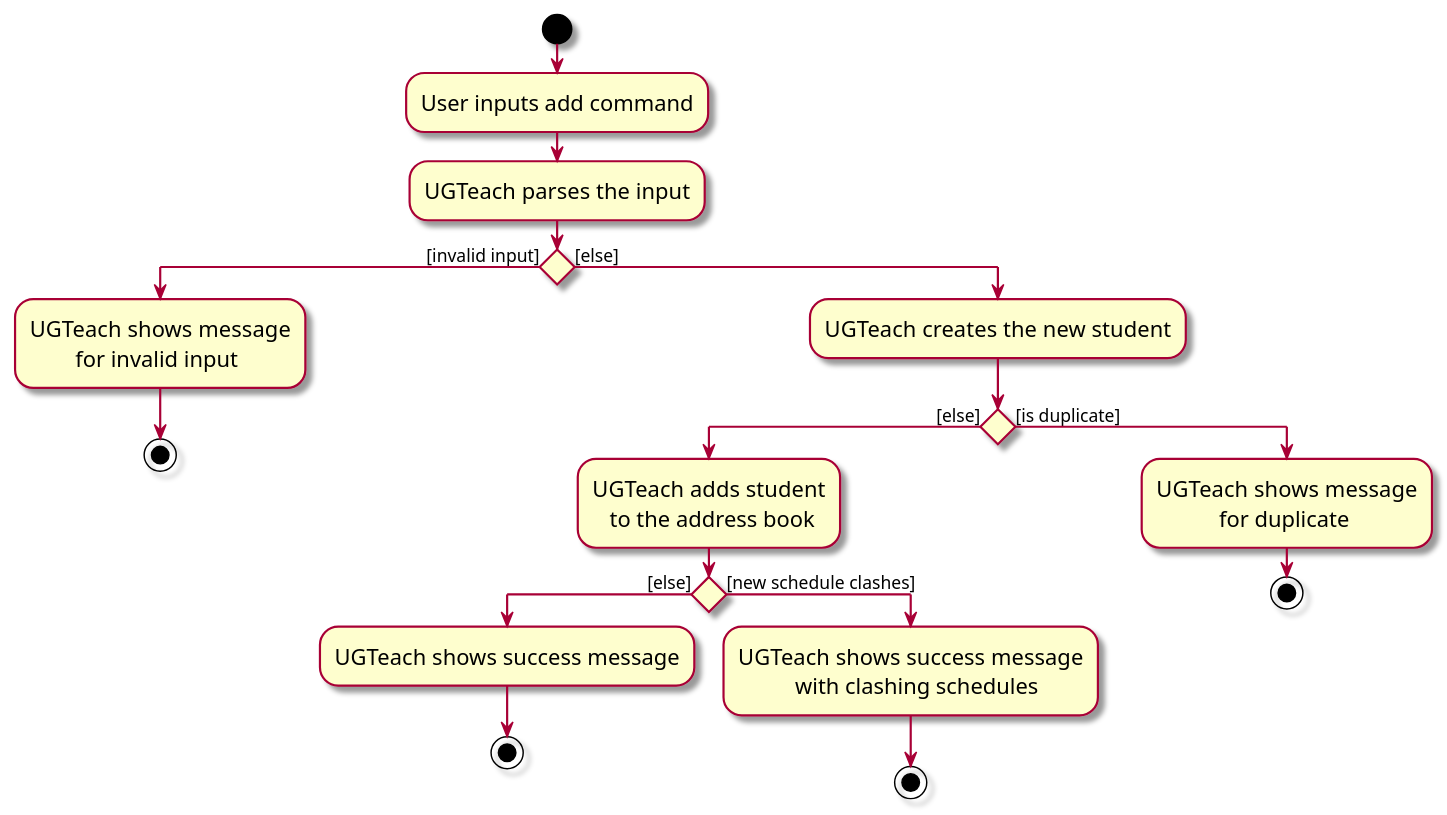
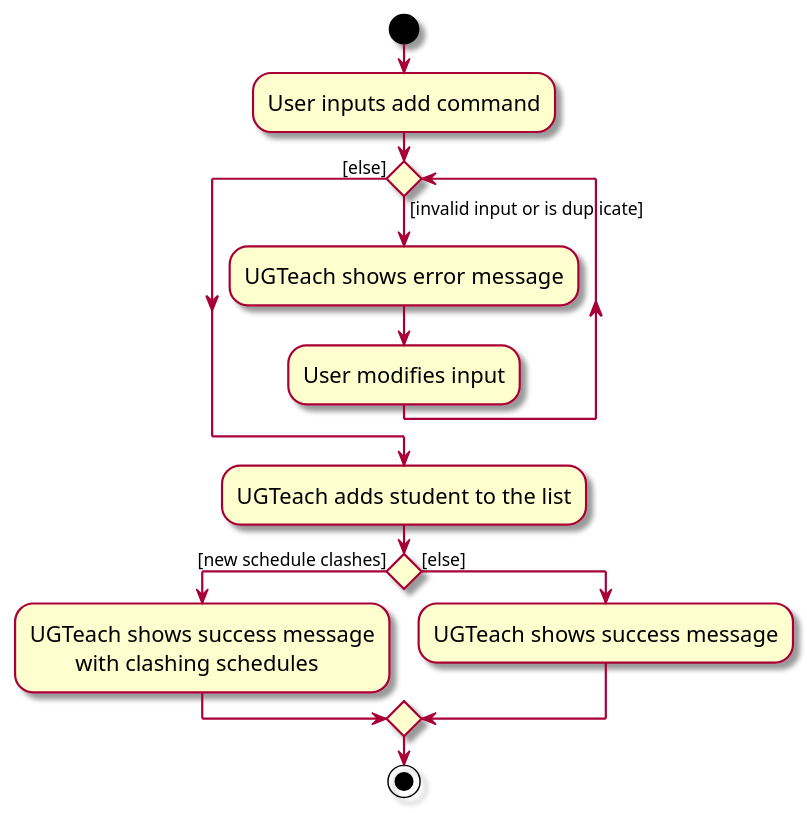
The diagram in docs/diagrams/UserAddCommandActivityDiagram.puml (nus-cs2103-AY2425S1/tp), drawn with PlantUML before and after one commit.

Commit message:
Modify user perspective diagram

```diff
--- a/docs/diagrams/UserAddCommandActivityDiagram.puml
+++ b/docs/diagrams/UserAddCommandActivityDiagram.puml
@@ -1,35 +1,24 @@
 @startuml
 'https://plantuml.com/activity-diagram-beta
 skin rose
 skinparam ActivityFontSize 15
 skinparam ArrowFontSize 12
 
 start
 :User inputs add command;
-:UGTeach parses the input;
 'Since the beta syntax does not support placing the condition outside the
 'diamond we place it as the true branch instead.
-if () then ([invalid input])
-    :UGTeach shows message
-            for invalid input;
-    stop
+while () is ([invalid input or is duplicate])
+    :UGTeach shows error message;
+    :User modifies input;
+endwhile ([else])
+:UGTeach adds student to the list;
+if () then ([new schedule clashes])
+    :UGTeach shows success message
+            with clashing schedules;
 else ([else])
-    :UGTeach creates the new student;
-    if () then ([else])
-        :UGTeach adds student
-           to the address book;
-        if () then ([else])
-            :UGTeach shows success message;
-            stop
-        else ([new schedule clashes])
-            :UGTeach shows success message
-                      with clashing schedules;
-            stop
-        endif
-    else ([is duplicate])
-        :UGTeach shows message
-                   for duplicate;
-    stop
+    :UGTeach shows success message;
 endif
+stop
 
 @enduml
```
